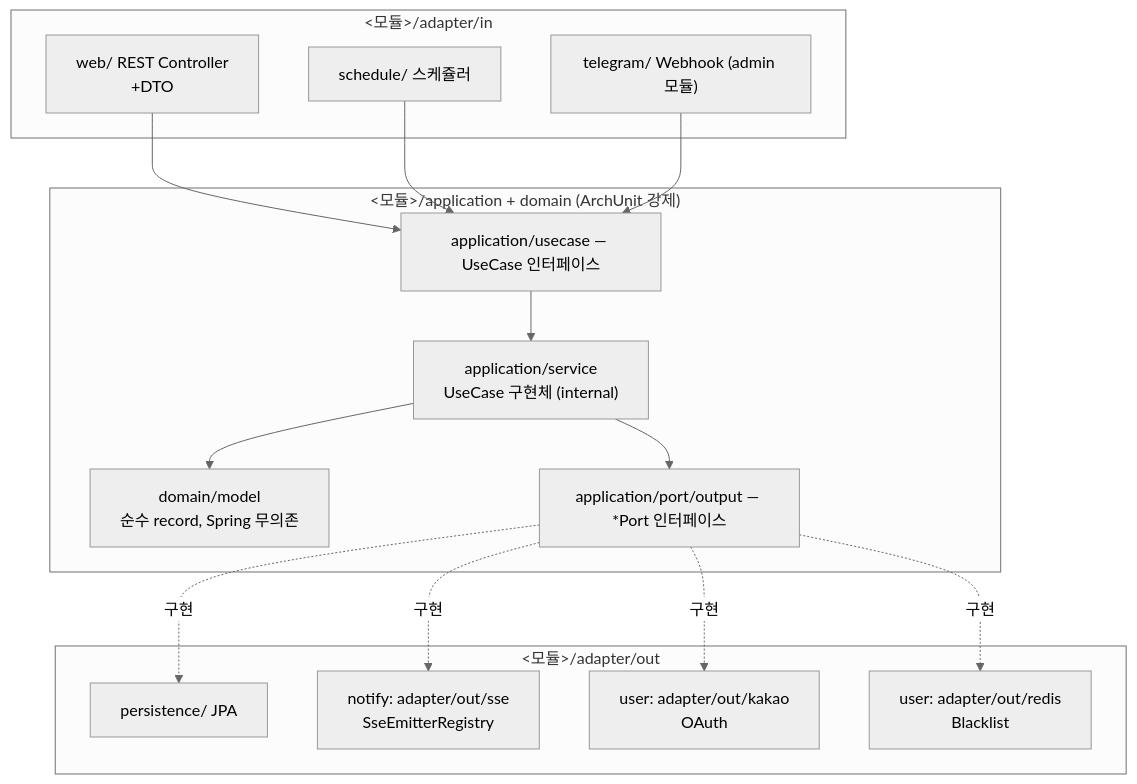
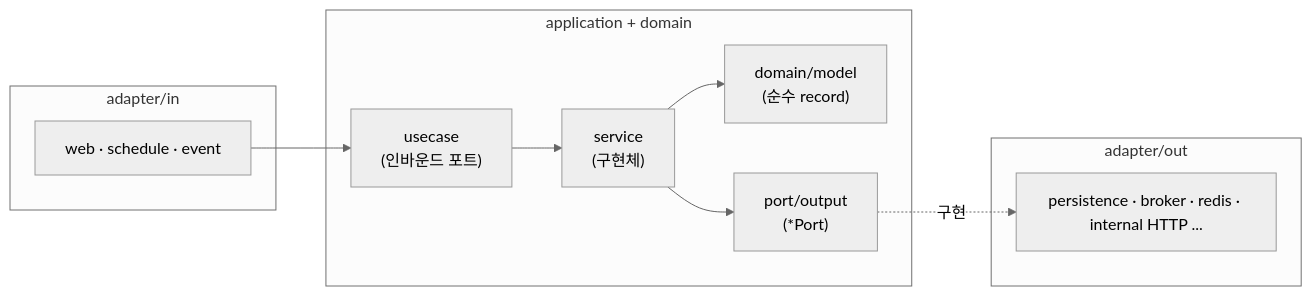
The first of 2 diagrams in README.md (narafu/kista-api), drawn with Mermaid (neutral theme) before and after one commit. The commit also changed other lines of this file, not shown here.

````diff
--- a/README.md
+++ b/README.md
@@ -27,33 +36,19 @@
 ```mermaid
-graph TB
-    subgraph in["<모듈>/adapter/in"]
-        web["web/ REST Controller\n+DTO"]
-        schedule["schedule/ 스케쥴러"]
-        telegram_in["telegram/ Webhook (admin 모듈)"]
+graph LR
+    subgraph in["adapter/in"]
+        web["web · schedule · event"]
     end
-
-    subgraph core["<모듈>/application + domain (ArchUnit 강제)"]
-        usecase["application/usecase — UseCase 인터페이스"]
-        service["application/service\nUseCase 구현체 (internal)"]
-        domain["domain/model\n순수 record, Spring 무의존"]
-        portout["application/port/output — *Port 인터페이스"]
+    subgraph core["application + domain"]
+        usecase["usecase<br/>(인바운드 포트)"]
+        service["service<br/>(구현체)"]
+        domain["domain/model<br/>(순수 record)"]
+        portout["port/output<br/>(*Port)"]
     end
-
-    subgraph out["<모듈>/adapter/out"]
-        persistence["persistence/ JPA"]
-        sse["notify: adapter/out/sse\nSseEmitterRegistry"]
-        kakao_out["user: adapter/out/kakao\nOAuth"]
-        redis_out["user: adapter/out/redis\nBlacklist"]
+    subgraph out["adapter/out"]
+        adapters["persistence · broker · redis · internal HTTP ..."]
     end
-
-    web --> usecase
-    schedule --> usecase
-    telegram_in --> usecase
-    usecase --> service
+    web --> usecase --> service
     service --> domain
     service --> portout
-    portout -.구현.-> persistence
-    portout -.구현.-> sse
-    portout -.구현.-> kakao_out
-    portout -.구현.-> redis_out
+    portout -. 구현 .-> adapters
 ```
````
